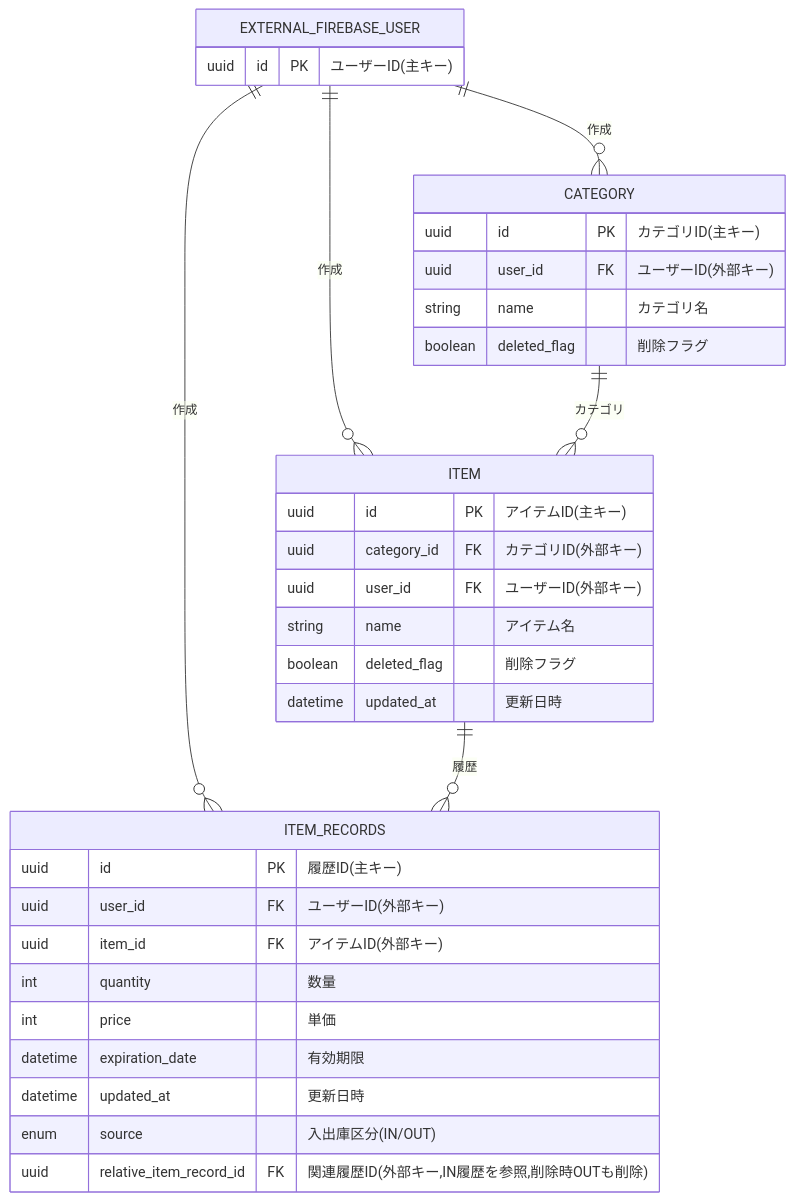
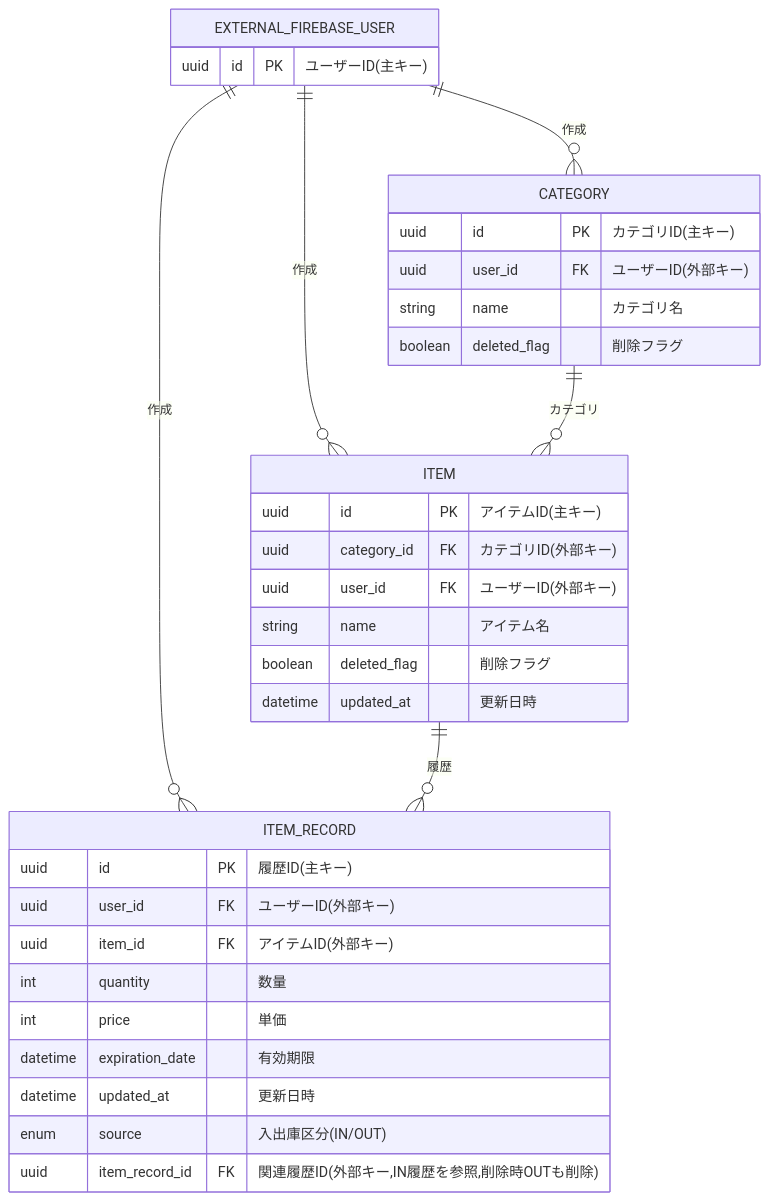
Before and after one commit to haya790315/inventory-app: the diagram in app-info/requirement(phase1).md, drawn with Mermaid. The commit also changed other lines of this file and 2 other files, not shown here.

Commit message:
要件定義修正、シーケンス図追加

````diff
--- a/app-info/requirement(phase1).md
+++ b/app-info/requirement(phase1).md
@@ -199,40 +194,40 @@
 ```mermaid
 erDiagram
   EXTERNAL_FIREBASE_USER {
     uuid id PK "ユーザーID(主キー)"
   }
 
   CATEGORY {
     uuid id PK "カテゴリID(主キー)"
     uuid user_id FK "ユーザーID(外部キー)"
     string name "カテゴリ名"
     boolean deleted_flag "削除フラグ"
   }
 
   ITEM {
     uuid id PK "アイテムID(主キー)"
     uuid category_id FK "カテゴリID(外部キー)"
     uuid user_id FK "ユーザーID(外部キー)"
     string name "アイテム名"
     boolean deleted_flag "削除フラグ"
     datetime updated_at "更新日時"
   }
 
-  ITEM_RECORDS {
+  ITEM_RECORD {
     uuid id PK "履歴ID(主キー)"
     uuid user_id FK "ユーザーID(外部キー)"
     uuid item_id FK "アイテムID(外部キー)"
     int quantity "数量"
     int price "単価"
     datetime expiration_date "有効期限"
     datetime updated_at "更新日時"
     enum source "入出庫区分(IN/OUT)"
-    uuid relative_item_record_id FK "関連履歴ID(外部キー,IN履歴を参照,削除時OUTも削除)"
+    uuid item_record_id FK "関連履歴ID(外部キー,IN履歴を参照,削除時OUTも削除)"
     }
 
   EXTERNAL_FIREBASE_USER ||--o{ CATEGORY : "作成"
   EXTERNAL_FIREBASE_USER ||--o{ ITEM : "作成"
-  EXTERNAL_FIREBASE_USER ||--o{ ITEM_RECORDS : "作成"
+  EXTERNAL_FIREBASE_USER ||--o{ ITEM_RECORD : "作成"
   CATEGORY ||--o{ ITEM : "カテゴリ"
-  ITEM ||--o{ ITEM_RECORDS : "履歴"
+  ITEM ||--o{ ITEM_RECORD : "履歴"
 ```
````
